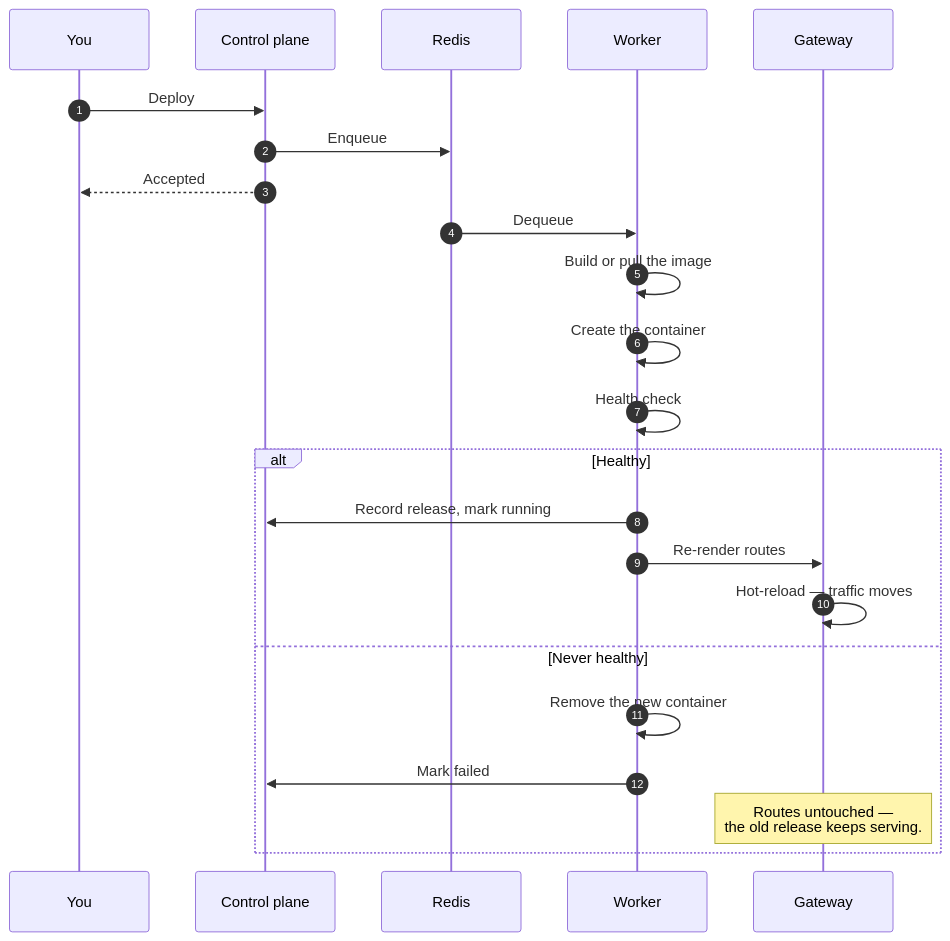
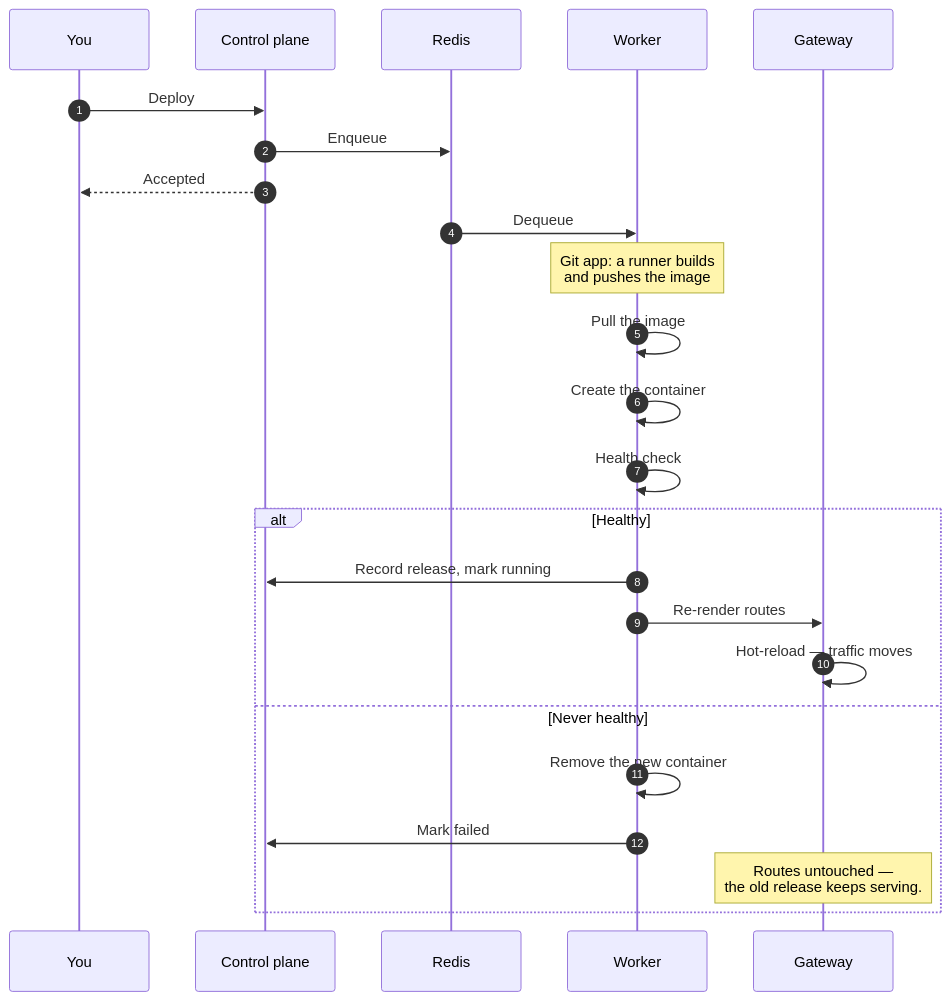
The diagram in docs/architecture/deployment-pipeline.md (miabi-io/docs), drawn with Mermaid before and after one commit. The commit also changed other lines of this file and 90 other files, not shown here.

````diff
--- a/docs/architecture/deployment-pipeline.md
+++ b/docs/architecture/deployment-pipeline.md
@@ -12,26 +12,27 @@
 ```mermaid
 sequenceDiagram
     autonumber
     participant U as You
     participant S as Control plane
     participant R as Redis
     participant W as Worker
     participant G as Gateway
 
     U->>S: Deploy
     S->>R: Enqueue
     S-->>U: Accepted
     R->>W: Dequeue
-    W->>W: Build or pull the image
+    Note over W: Git app: a runner builds<br/>and pushes the image
+    W->>W: Pull the image
     W->>W: Create the container
     W->>W: Health check
     alt Healthy
         W->>S: Record release, mark running
         W->>G: Re-render routes
         G->>G: Hot-reload — traffic moves
     else Never healthy
         W->>W: Remove the new container
         W->>S: Mark failed
         Note over G: Routes untouched —<br/>the old release keeps serving.
     end
 ```
````
